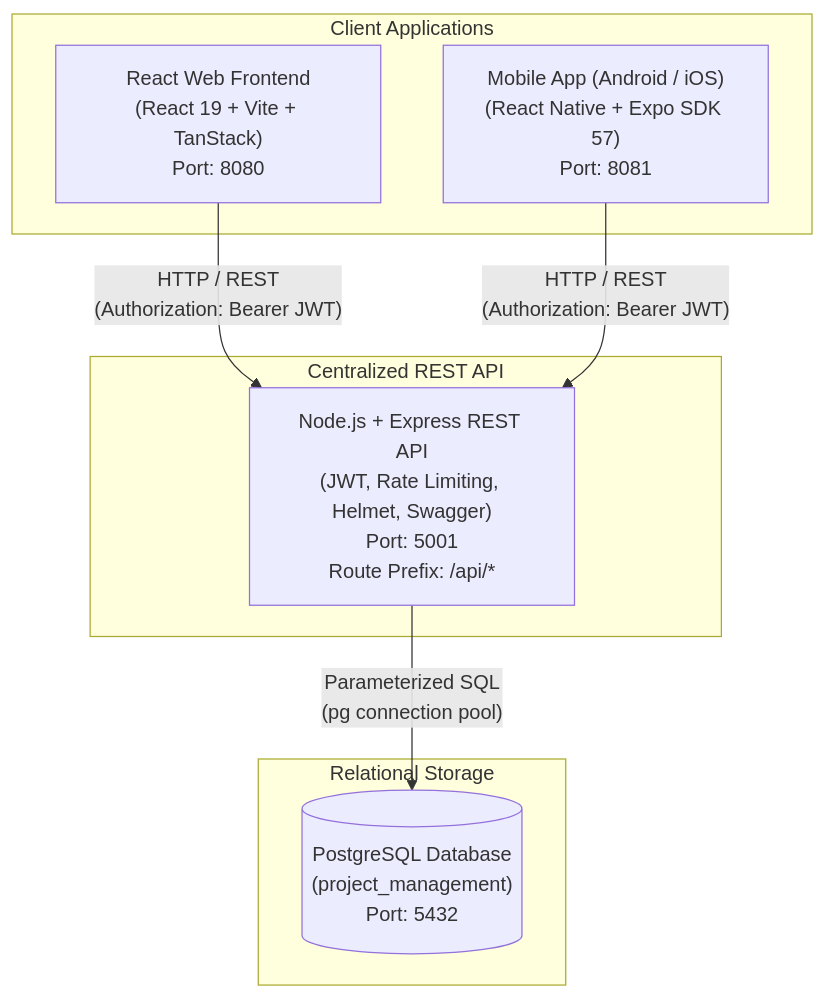
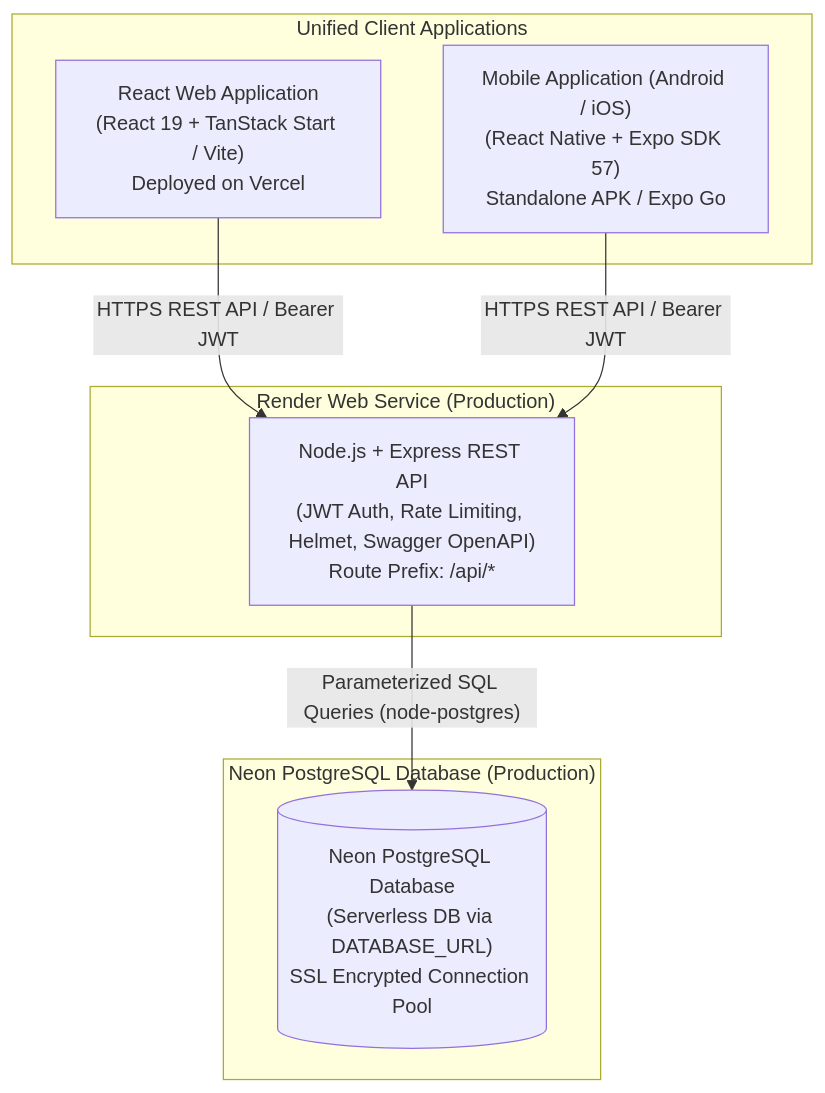
The diagram in README.md (hrbbhagat/Project_management), drawn with Mermaid before and after one commit. The commit also changed other lines of this file, not shown here.

Commit message:
docs: update root README with complete architecture and submission documentation

````diff
--- a/README.md
+++ b/README.md
@@ -11,19 +11,19 @@
 ```mermaid
 flowchart TB
-    subgraph Clients["Client Applications"]
-        WEB["React Web Frontend\n(React 19 + Vite + TanStack)\nPort: 8080"]
-        MOBILE["Mobile App (Android / iOS)\n(React Native + Expo SDK 57)\nPort: 8081"]
+    subgraph Database["Neon PostgreSQL Database (Production)"]
+        POSTGRES[("Neon PostgreSQL Database\n(Serverless DB via DATABASE_URL)\nSSL Encrypted Connection Pool")]
     end
 
-    subgraph BackendAPI["Centralized REST API"]
-        EXPRESS["Node.js + Express REST API\n(JWT, Rate Limiting, Helmet, Swagger)\nPort: 5001\nRoute Prefix: /api/*"]
+    subgraph Backend["Render Web Service (Production)"]
+        API["Node.js + Express REST API\n(JWT Auth, Rate Limiting, Helmet, Swagger OpenAPI)\nRoute Prefix: /api/*"]
     end
 
-    subgraph Database["Relational Storage"]
-        POSTGRES[("PostgreSQL Database\n(project_management)\nPort: 5432")]
+    subgraph Clients["Unified Client Applications"]
+        WEB["React Web Application\n(React 19 + TanStack Start / Vite)\nDeployed on Vercel"]
+        MOBILE["Mobile Application (Android / iOS)\n(React Native + Expo SDK 57)\nStandalone APK / Expo Go"]
     end
 
-    WEB -->|"HTTP / REST\n(Authorization: Bearer JWT)"| EXPRESS
-    MOBILE -->|"HTTP / REST\n(Authorization: Bearer JWT)"| EXPRESS
-    EXPRESS -->|"Parameterized SQL\n(pg connection pool)"| POSTGRES
+    WEB -->|"HTTPS REST API / Bearer JWT"| API
+    MOBILE -->|"HTTPS REST API / Bearer JWT"| API
+    API -->|"Parameterized SQL Queries (node-postgres)"| POSTGRES
 ```
````
